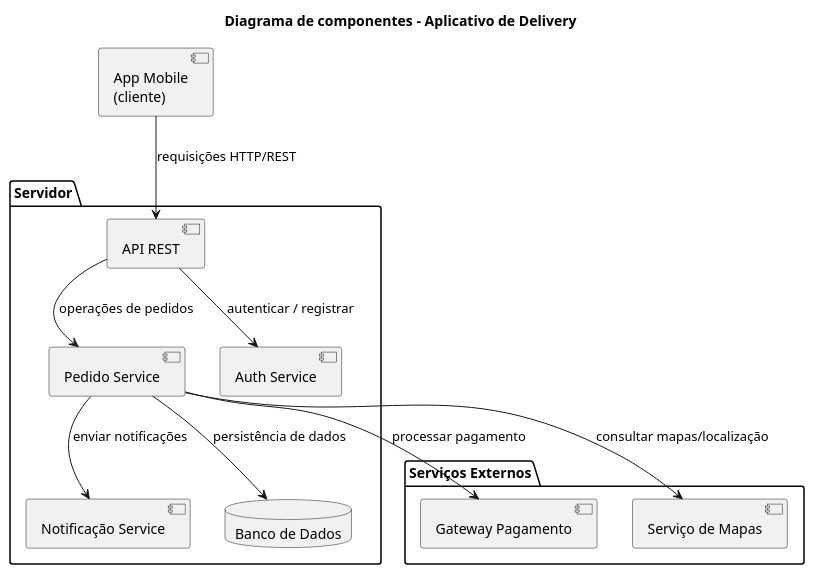
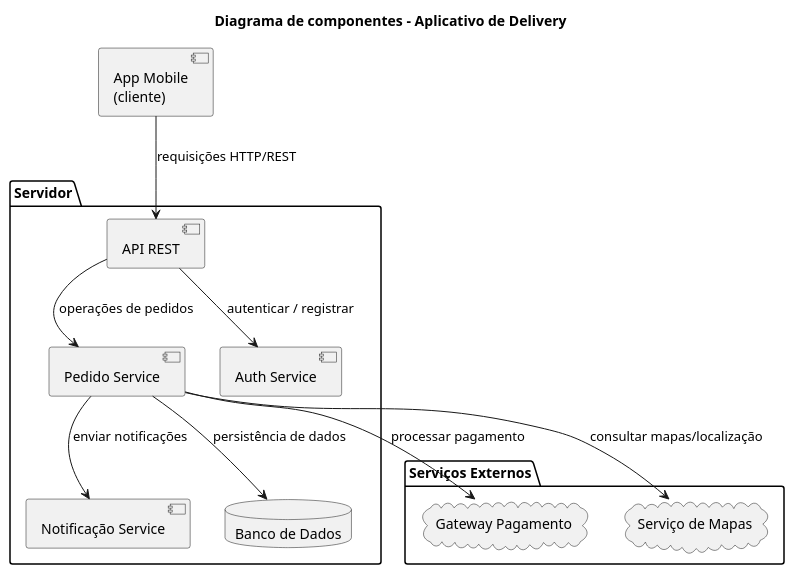
One commit to Gabriel-Crdz/AnaliseModelagem-II changed the diagram in 08-UML-Componentes-&-Pacotes/uml_componentes.puml. Above: the diagram before and after it, drawn with PlantUML. The commit also changed 3 other files, not shown here.

```diff
--- a/08-UML-Componentes-&-Pacotes/uml_componentes.puml
+++ b/08-UML-Componentes-&-Pacotes/uml_componentes.puml
@@ -1,32 +1,31 @@
 @startuml
 title Diagrama de componentes - Aplicativo de Delivery
 
 component "App Mobile\n(cliente)" as AppMobile
 
 package "Servidor" {
     component "API REST" as API
     component "Pedido Service" as PedidoService
     component "Auth Service" as AuthService
     component "Notificação Service" as NotificacaoService
     database "Banco de Dados" as BancoDados
 }
 
 package "Serviços Externos" {
-    component "Gateway Pagamento" as GatewayPagamento
-    component "Serviço de Mapas" as ServicoMapas
+    cloud "Gateway Pagamento" as GatewayPagamento
+    cloud "Serviço de Mapas" as ServicoMapas
 }
-
 
 ' CONEXÕES
 AppMobile --> API : requisições HTTP/REST
 
 API --> AuthService : autenticar / registrar
 
 API --> PedidoService : operações de pedidos
 
 PedidoService --> BancoDados : persistência de dados
 PedidoService --> NotificacaoService : enviar notificações
 PedidoService --> GatewayPagamento : processar pagamento
 PedidoService --> ServicoMapas : consultar mapas/localização
 
 @enduml
```
